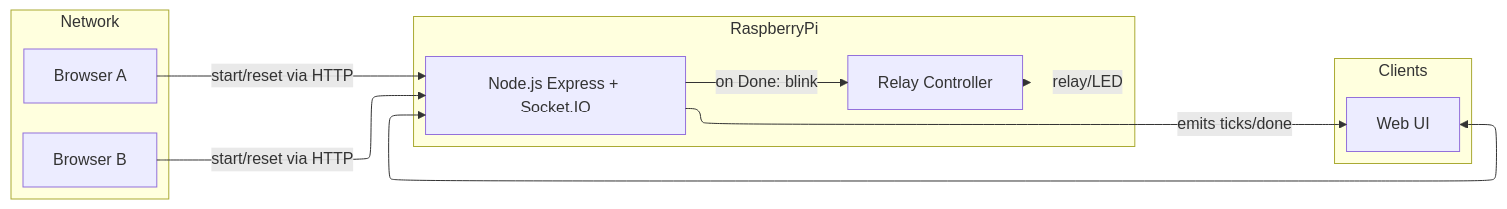
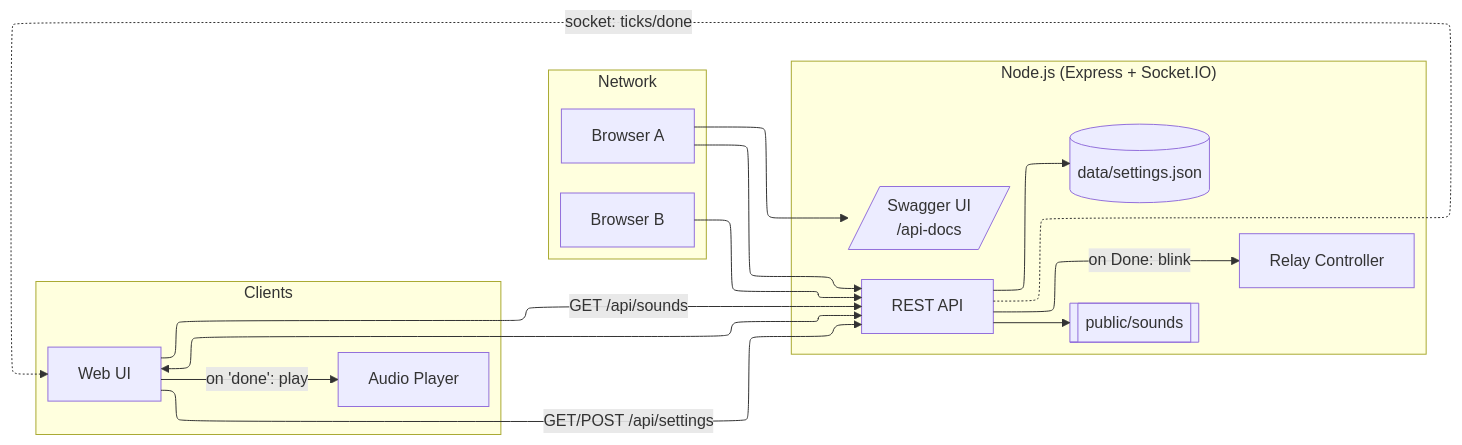
Before and after one commit to xaxy55/tournament-countdown: the first of 2 diagrams in README.md, drawn with Mermaid. The commit also changed other lines of this file, not shown here.

Commit message:
feat: enhance README with Buy Me a Coffee button and update API documentation for settings and sounds

````diff
--- a/README.md
+++ b/README.md
@@ -174,22 +186,31 @@
 ```mermaid
 %%{init: {"flowchart": {"defaultRenderer": "elk"}} }%%
 flowchart LR
 	subgraph Network
 		UserA[Browser A]
 		UserB[Browser B]
 	end
-	subgraph RaspberryPi
-		Server[Node.js Express + Socket.IO]
+	subgraph Server["Node.js (Express + Socket.IO)"]
+		API[REST API]
+		Settings[(data/settings.json)]
+		Sounds[[public/sounds]]
 		GPIO[Relay Controller]
+		Swagger[/Swagger UI\n/api-docs/]
 	end
 	subgraph Clients
 		UI[Web UI]
+		Audio[Audio Player]
 	end
 
-	UserA -- start/reset via HTTP --> Server
-	UserB -- start/reset via HTTP --> Server
-	UI <--> Server
-	Server -- emits ticks/done --> UI
-	Server -- on Done: blink --> GPIO
-	GPIO -- relay/LED --> RaspberryPi
+	UserA --> API
+	UserB --> API
+	UserA --> Swagger
+	UI <--> API
+	API --> Settings
+	UI -- GET/POST /api/settings --> API
+	UI -- GET /api/sounds --> API
+	API --> Sounds
+	API -. "socket: ticks/done" .-> UI
+	UI -- on 'done': play --> Audio
+	API -- on Done: blink --> GPIO
 ```
````
